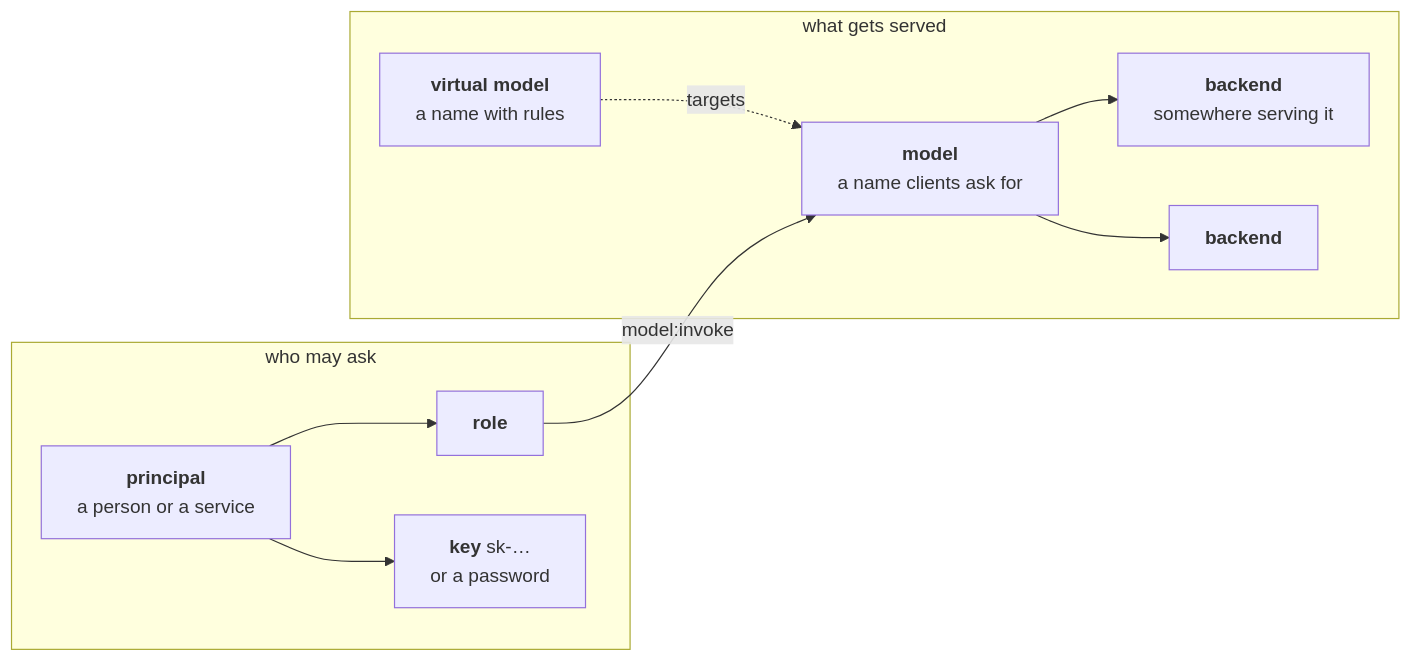
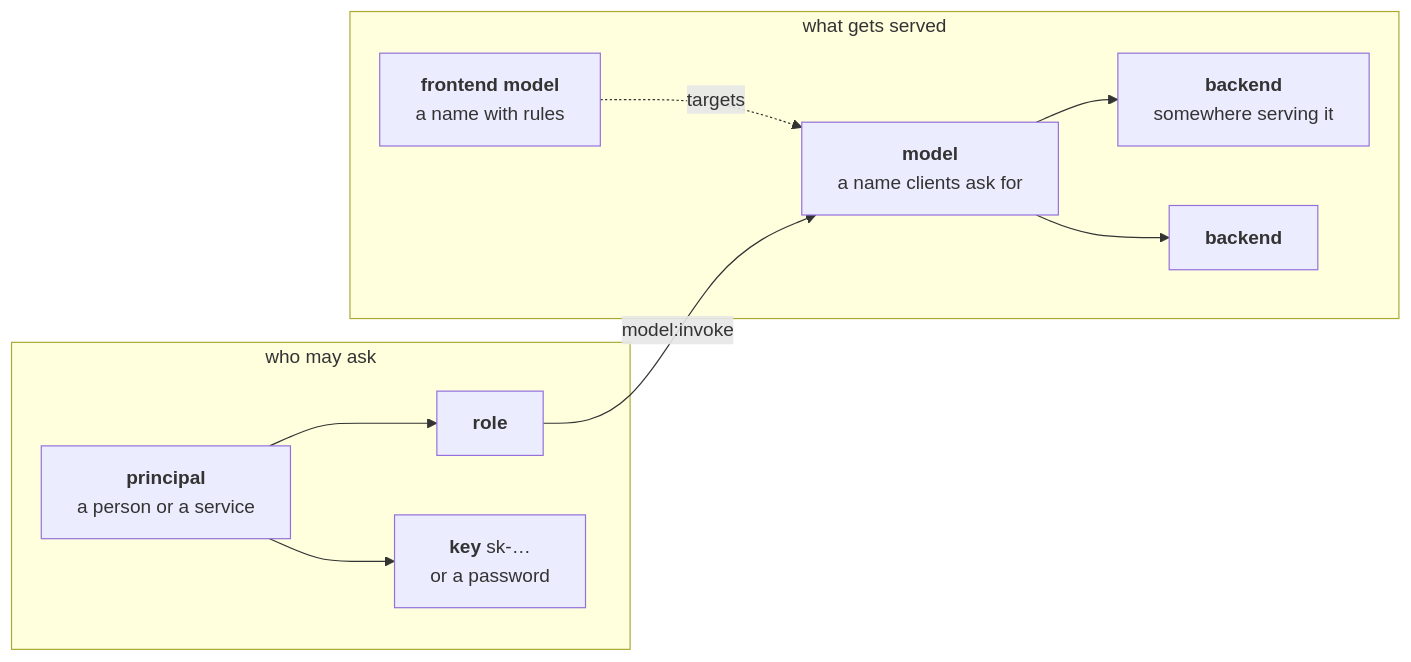
The diagram in docs/getting-started.md (azrtydxb/Fastllm-proxy), drawn with Mermaid before and after one commit. The commit also changed other lines of this file and 40 other files, not shown here.

````diff
--- a/docs/getting-started.md
+++ b/docs/getting-started.md
@@ -45,13 +45,13 @@
 ```mermaid
 flowchart LR
     subgraph SERVE["what gets served"]
         M["<b>model</b><br/>a name clients ask for"] --> B1["<b>backend</b><br/>somewhere serving it"]
         M --> B2["<b>backend</b>"]
-        VM["<b>virtual model</b><br/>a name with rules"] -.->|targets| M
+        VM["<b>frontend model</b><br/>a name with rules"] -.->|targets| M
     end
     subgraph WHO["who may ask"]
         PR["<b>principal</b><br/>a person or a service"] --> RO["<b>role</b>"]
         PR --> KY["<b>key</b> sk-…<br/>or a password"]
         RO -->|model:invoke| M
     end
 ```
````
